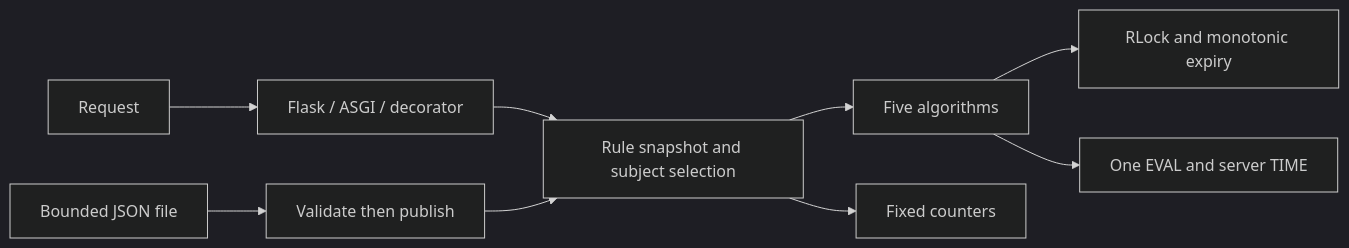
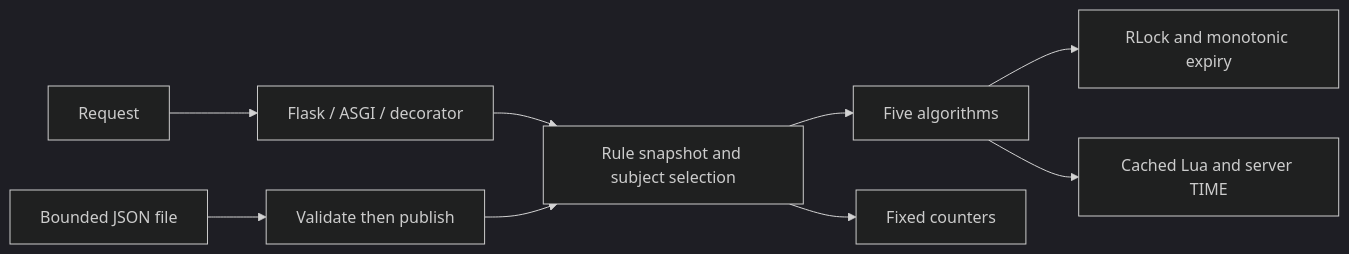
The diagram in rate-limiter/docs/design.md (attackoncs/system-design-impl), drawn with Mermaid (dark theme) before and after one commit. The commit also changed other lines of this file and 35 other files, not shown here.

````diff
--- a/rate-limiter/docs/design.md
+++ b/rate-limiter/docs/design.md
@@ -8,11 +8,11 @@
 ```mermaid
 flowchart LR
   Request --> Adapter[Flask / ASGI / decorator]
   Adapter --> Core[Rule snapshot and subject selection]
   File[Bounded JSON file] --> Reload[Validate then publish]
   Reload --> Core
   Core --> Algorithm[Five algorithms]
   Algorithm --> Memory[RLock and monotonic expiry]
-  Algorithm --> Redis[One EVAL and server TIME]
+  Algorithm --> Redis[Cached Lua and server TIME]
   Core --> Metrics[Fixed counters]
 ```
````
